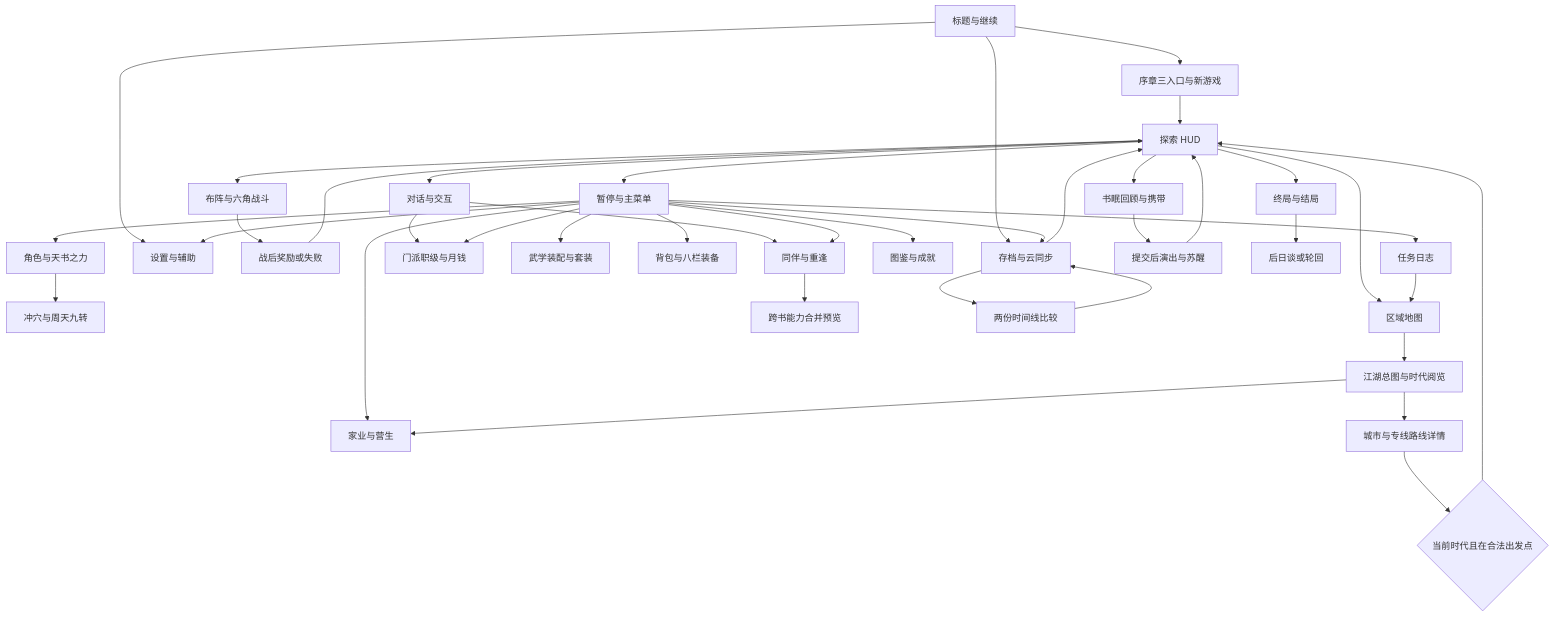
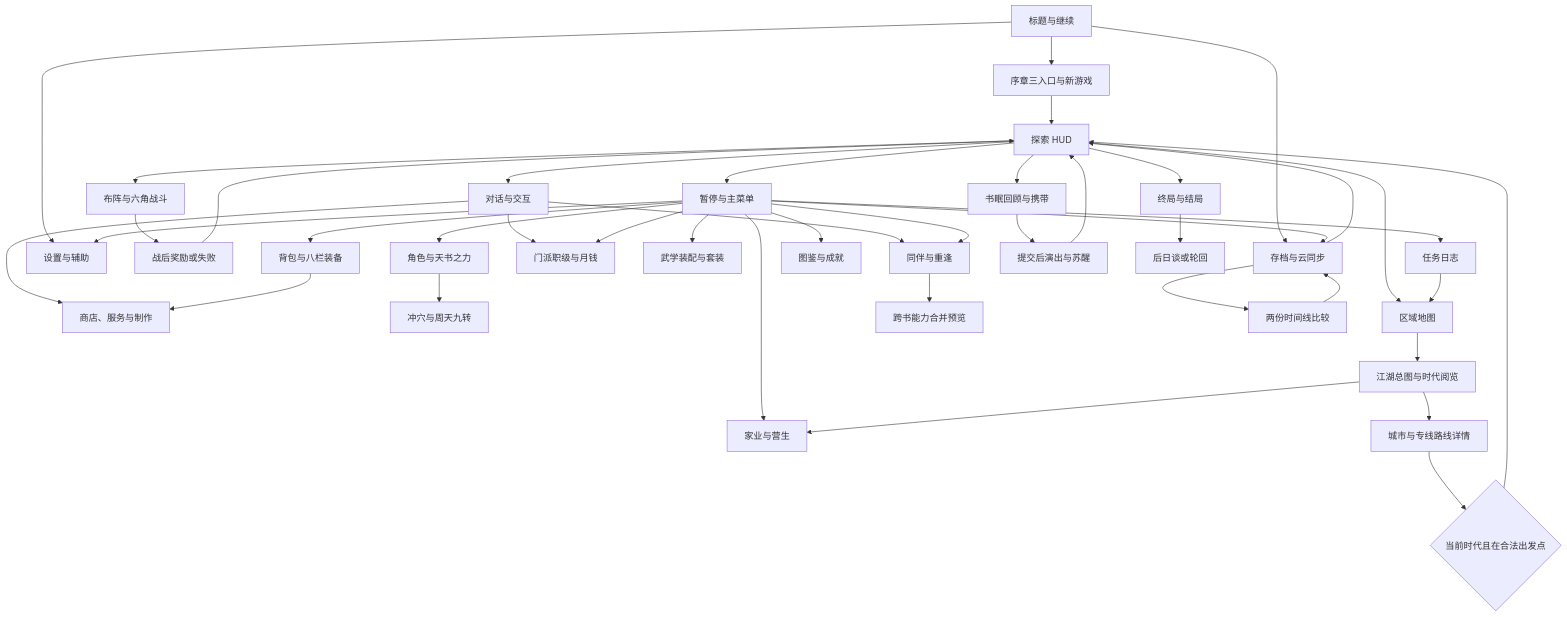
Before and after one commit to radarxc/jinyongqunxia: the first of 2 diagrams in docs/design/14-ui-ux-mobile.md, drawn with Mermaid. The commit also changed other lines of this file and 1 other file, not shown here.

First line of the commit message:
agents(B5.R): 审校 · 14 手机端 UI/UX（≥ 8 张线框图，含书眠携带界面）

````diff
--- a/docs/design/14-ui-ux-mobile.md
+++ b/docs/design/14-ui-ux-mobile.md
@@ -268,41 +269,43 @@
 ```mermaid
 flowchart TD
   Title[标题与继续] --> Start[序章三入口与新游戏]
   Title --> Saves[存档与云同步]
   Title --> Settings[设置与辅助]
   Start --> Explore[探索 HUD]
   Saves --> Explore
   Explore --> Battle[布阵与六角战斗]
   Battle --> Result[战后奖励或失败]
   Result --> Explore
   Explore --> Menu[暂停与主菜单]
   Explore --> Dialogue[对话与交互]
+  Dialogue --> Trade[商店、服务与制作]
+  Bag --> Trade
   Dialogue --> Companions[同伴与重逢]
   Dialogue --> Sect[门派职级与月钱]
   Menu --> Loadout[武学装配与套装]
   Menu --> Bag[背包与八栏装备]
   Menu --> Role[角色与天书之力]
   Role --> Meridian[冲穴与周天九转]
   Menu --> Codex[图鉴与成就]
   Menu --> Quests[任务日志]
   Menu --> Companions
   Menu --> Sect
   Menu --> Estates[家业与营生]
   Menu --> Saves
   Menu --> Settings
   Explore --> LocalMap[区域地图]
   LocalMap --> Jianghu[江湖总图与时代阅览]
   Quests --> LocalMap
   Jianghu --> Route[城市与专线路线详情]
   Route --> Travel{当前时代且在合法出发点}
   Travel --> Explore
   Jianghu --> Estates
   Companions --> Merge[跨书能力合并预览]
   Explore --> Sleep[书眠回顾与携带]
   Sleep --> Wake[提交后演出与苏醒]
   Wake --> Explore
   Saves --> Conflict[两份时间线比较]
   Conflict --> Saves
   Explore --> Finale[终局与结局]
   Finale --> Replay[后日谈或轮回]
 ```
````
